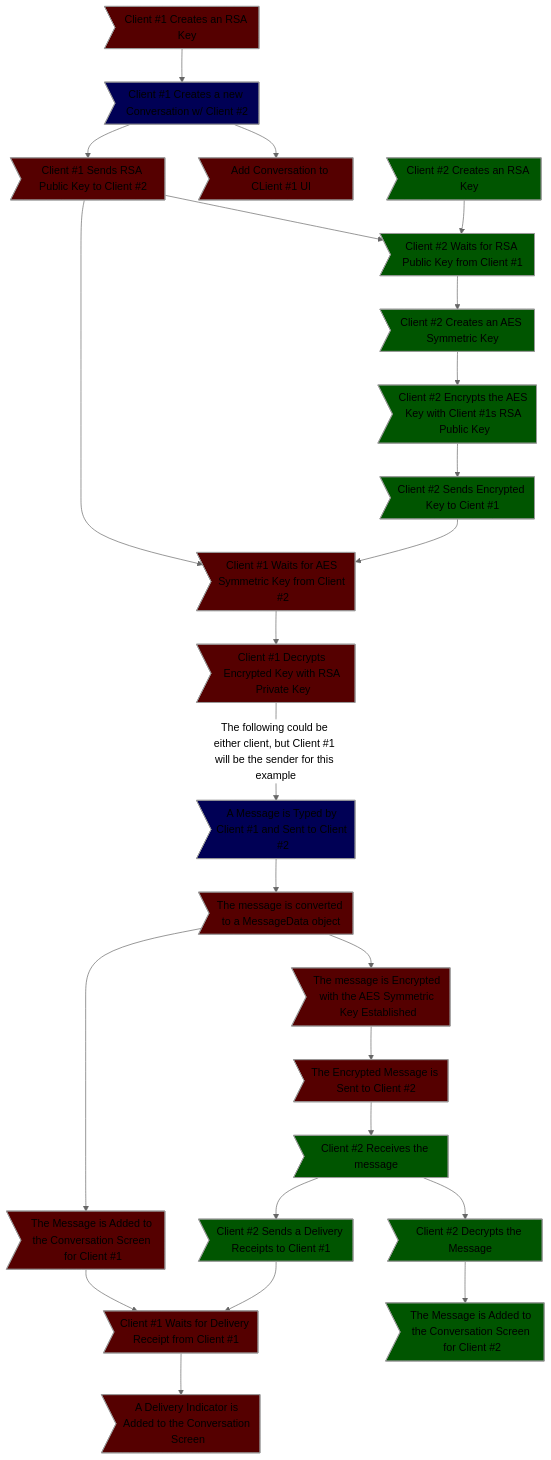
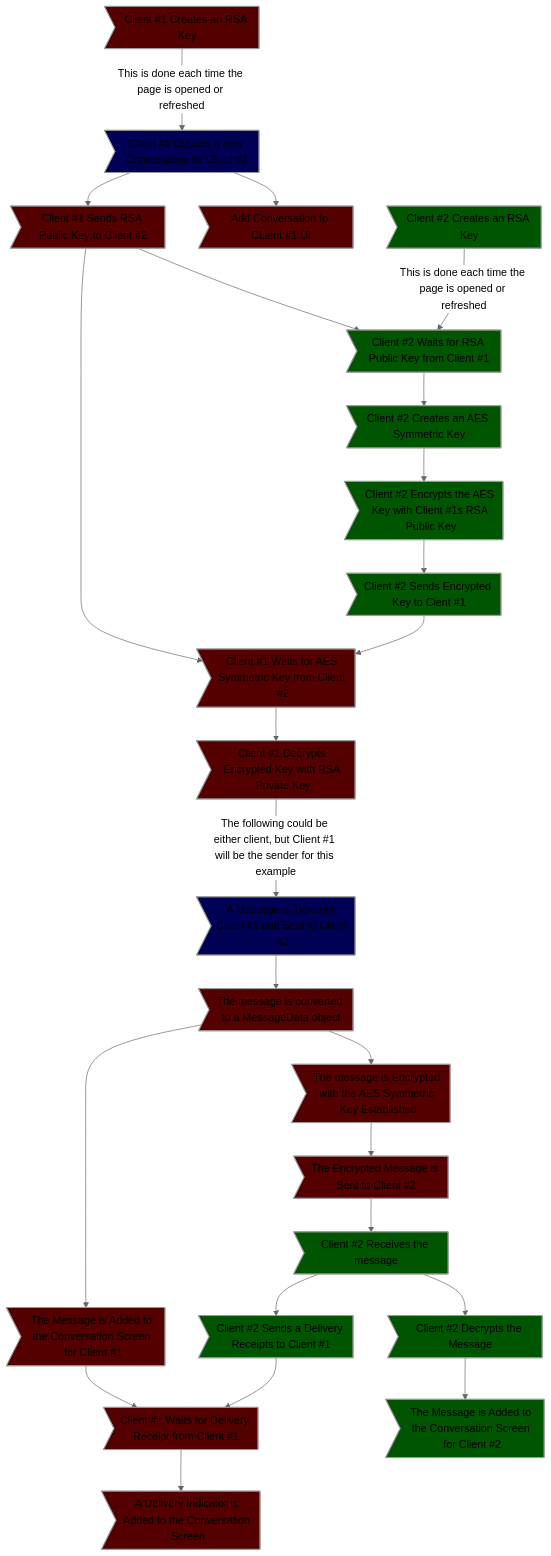
One commit to xXCrash2BomberXx/TinyChat changed the diagram in README.md. Above: the diagram before and after it, drawn with Mermaid (neutral theme).

````diff
--- a/README.md
+++ b/README.md
@@ -96,33 +96,33 @@
 ```mermaid
 graph TB;
-  A>Client #1 Creates an RSA Key] --> B>Client #1 Creates a new Conversation w/ Client #2];
+  A>Client #1 Creates an RSA Key] --> |This is done each time the page is opened or refreshed| B>Client #1 Creates a new Conversation w/ Client #2];
   B --> D>Add Conversation to CLient #1 UI];
   B --> E>Client #1 Sends RSA Public Key to Client #2];
-  F>Client #2 Creates an RSA Key] --> G>Client #2 Waits for RSA Public Key from Client #1];
+  F>Client #2 Creates an RSA Key] --> |This is done each time the page is opened or refreshed| G>Client #2 Waits for RSA Public Key from Client #1];
   E --> G;
   G --> H>Client #2 Creates an AES Symmetric Key];
   H -->I>Client #2 Encrypts the AES Key with Client #1s RSA Public Key];
   I -->J>Client #2 Sends Encrypted Key to Cient #1];
   E --> K>Client #1 Waits for AES Symmetric Key from Client #2];
   J --> K;
   K --> L>Client #1 Decrypts Encrypted Key with RSA Private Key];
   L --> |The following could be either client, but Client #1 will be the sender for this example| M>A Message is Typed by Client #1 and Sent to Client #2];
   M --> C>The message is converted to a MessageData object];
   C --> N>The message is Encrypted with the AES Symmetric Key Established];
   N --> O>The Encrypted Message is Sent to Client #2];
   C --> Q>The Message is Added to the Conversation Screen for Client #1];
   Q --> R>Client #1 Waits for Delivery Receipt from Client #1];
   R --> V>A Delivery Indicator is Added to the Conversation Screen];
   O --> P>Client #2 Receives the message];
   P --> S>Client #2 Decrypts the Message];
   S --> T>The Message is Added to the Conversation Screen for Client #2];
   P --> U>Client #2 Sends a Delivery Receipts to Client #1];
   U --> R;
 
   classDef c1 fill:#500
   classDef c2 fill:#050
   classDef user fill:#005
   class A,C,D,E,K,L,M,N,O,Q,R,V c1;
   class F,G,H,I,J,P,S,T,U c2;
   class B,M user;
 ```
````
